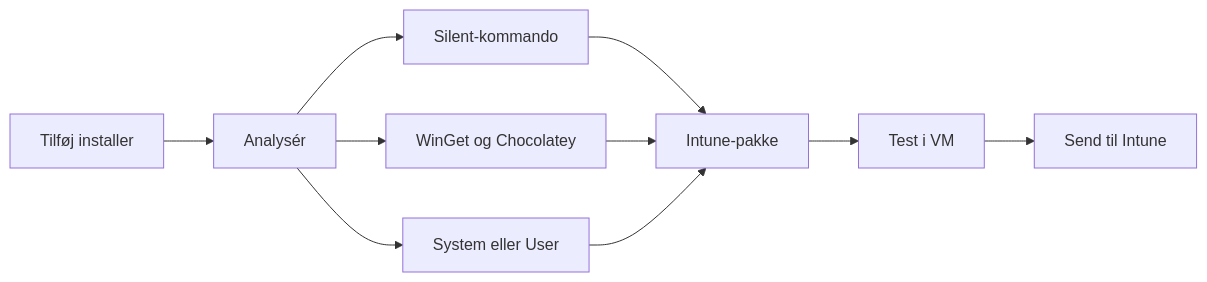
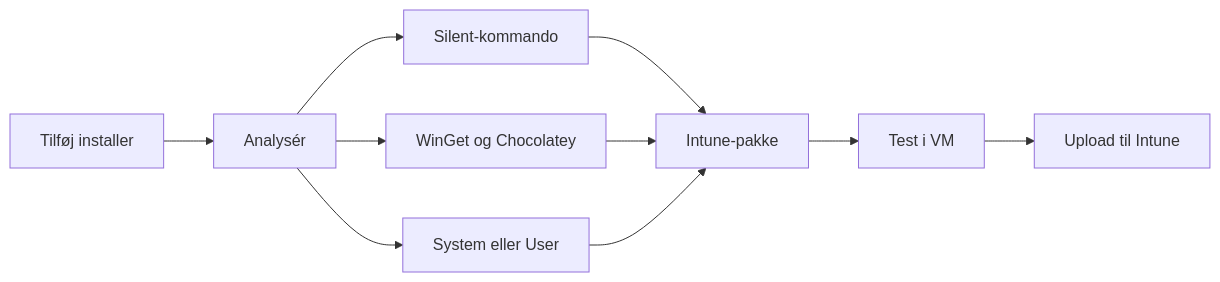
One commit to mthorngaard/InstallScout-releases changed the first of 2 diagrams in docs/vejledning.md. Above: the diagram before and after it, drawn with Mermaid. The commit also changed other lines of this file and 13 other files, not shown here.

Commit message:
Publish 1.8.46 and name the Intune action Upload.

````diff
--- a/docs/vejledning.md
+++ b/docs/vejledning.md
@@ -50,12 +50,12 @@
 ```mermaid
 flowchart LR
   A[Tilføj installer] --> B[Analysér]
   B --> C[Silent-kommando]
   C --> E[Intune-pakke]
   B --> D[WinGet og Chocolatey]
   D --> E[Intune-pakke]
   B --> F[System eller User]
   F --> E
   E --> G[Test i VM]
-  G --> H[Send til Intune]
+  G --> H[Upload til Intune]
 ```
````
